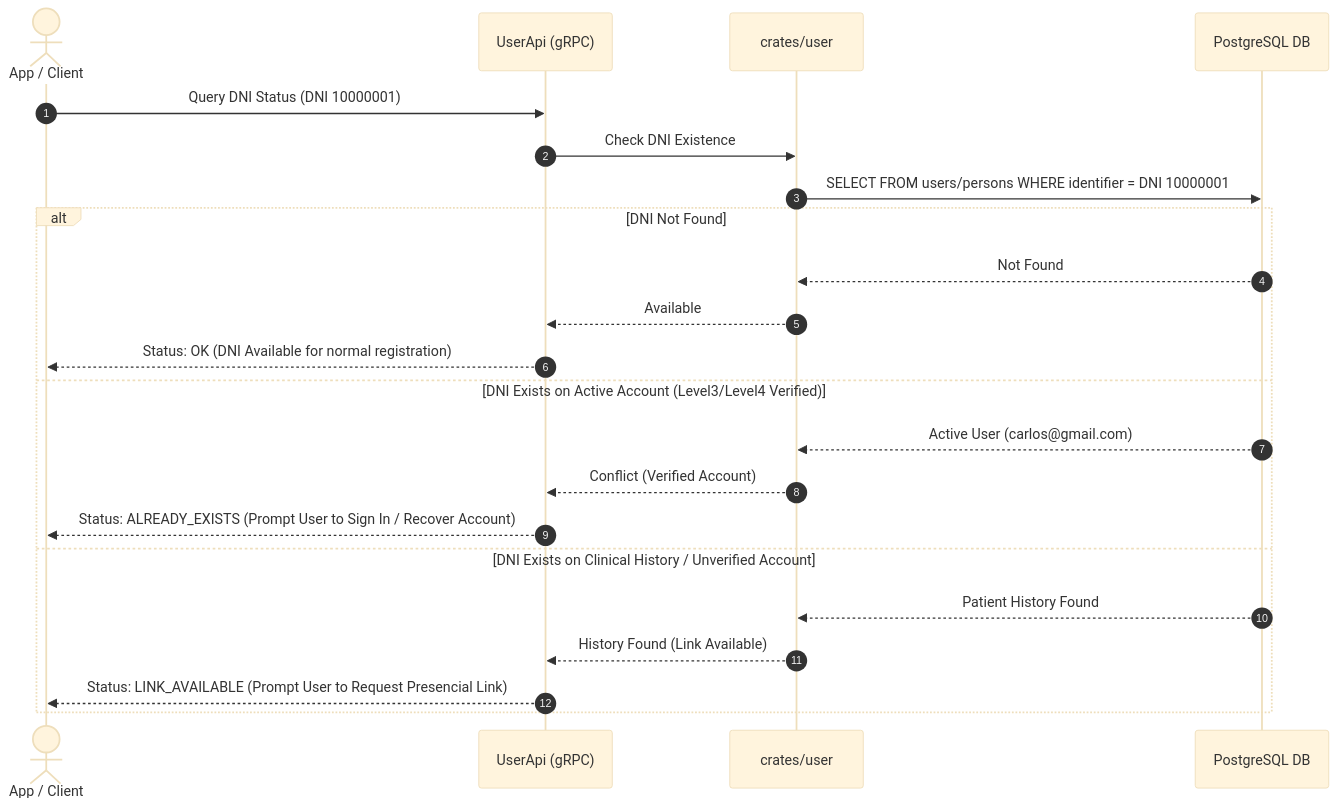
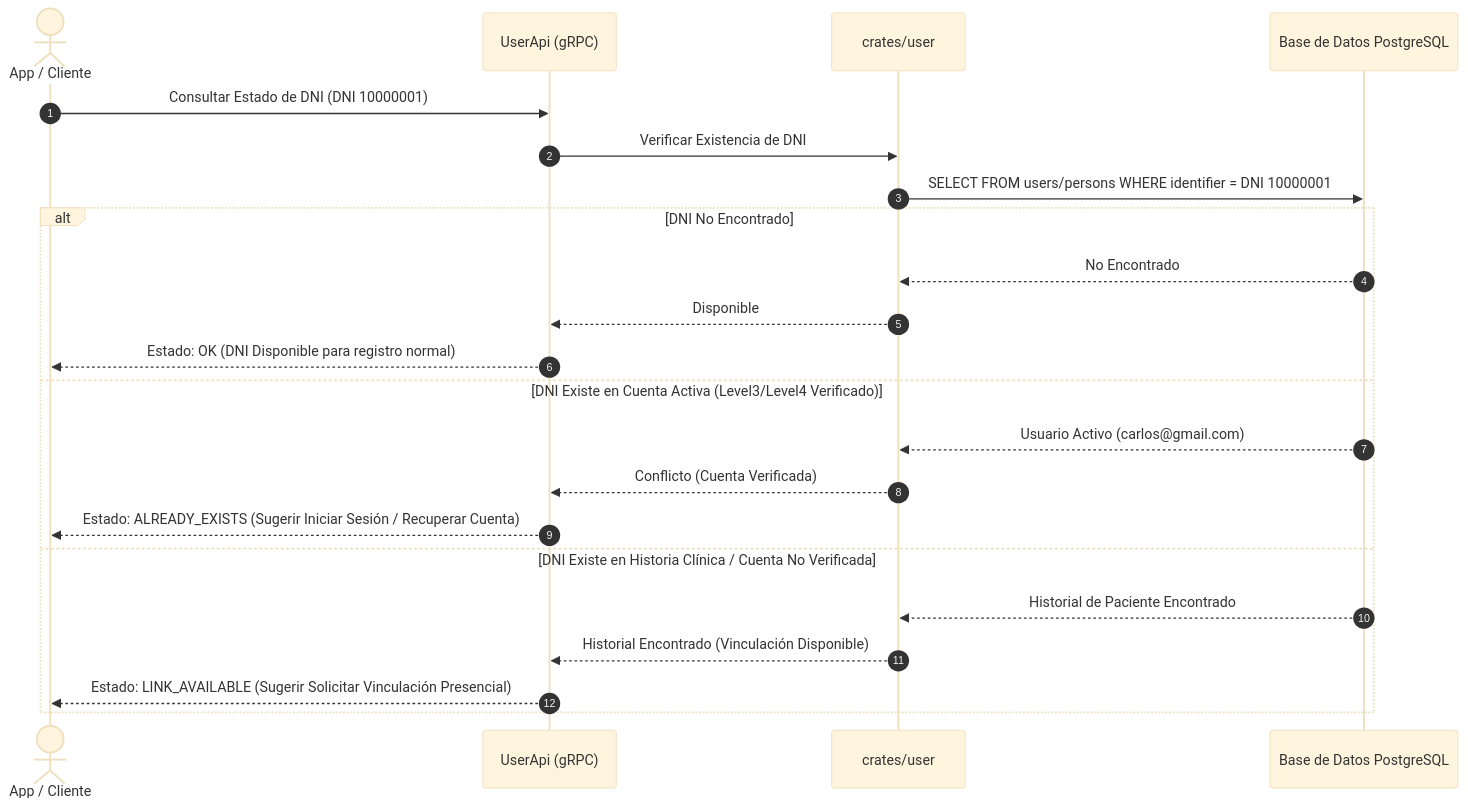
Before and after one commit to mamba-black/my-health-record: the fourth of 9 diagrams in backend/AGENTS.md, drawn with Mermaid (base theme). The commit also changed other lines of this file, not shown here.

````diff
--- a/backend/AGENTS.md
+++ b/backend/AGENTS.md
@@ -141,26 +141,26 @@
 ```mermaid
 sequenceDiagram
     autonumber
-    actor Client as App / Client
+    actor Client as App / Cliente
     participant API as UserApi (gRPC)
     participant UserDomain as crates/user
-    participant DB as PostgreSQL DB
+    participant DB as Base de Datos PostgreSQL
 
-    Client->>API: Query DNI Status (DNI 10000001)
-    API->>UserDomain: Check DNI Existence
+    Client->>API: Consultar Estado de DNI (DNI 10000001)
+    API->>UserDomain: Verificar Existencia de DNI
     UserDomain->>DB: SELECT FROM users/persons WHERE identifier = DNI 10000001
     
-    alt DNI Not Found
-        DB-->>UserDomain: Not Found
-        UserDomain-->>API: Available
-        API-->>Client: Status: OK (DNI Available for normal registration)
-    else DNI Exists on Active Account (Level3/Level4 Verified)
-        DB-->>UserDomain: Active User (carlos@gmail.com)
-        UserDomain-->>API: Conflict (Verified Account)
-        API-->>Client: Status: ALREADY_EXISTS (Prompt User to Sign In / Recover Account)
-    else DNI Exists on Clinical History / Unverified Account
-        DB-->>UserDomain: Patient History Found
-        UserDomain-->>API: History Found (Link Available)
-        API-->>Client: Status: LINK_AVAILABLE (Prompt User to Request Presencial Link)
+    alt DNI No Encontrado
+        DB-->>UserDomain: No Encontrado
+        UserDomain-->>API: Disponible
+        API-->>Client: Estado: OK (DNI Disponible para registro normal)
+    else DNI Existe en Cuenta Activa (Level3/Level4 Verificado)
+        DB-->>UserDomain: Usuario Activo (carlos@gmail.com)
+        UserDomain-->>API: Conflicto (Cuenta Verificada)
+        API-->>Client: Estado: ALREADY_EXISTS (Sugerir Iniciar Sesión / Recuperar Cuenta)
+    else DNI Existe en Historia Clínica / Cuenta No Verificada
+        DB-->>UserDomain: Historial de Paciente Encontrado
+        UserDomain-->>API: Historial Encontrado (Vinculación Disponible)
+        API-->>Client: Estado: LINK_AVAILABLE (Sugerir Solicitar Vinculación Presencial)
     end
 ```
````
